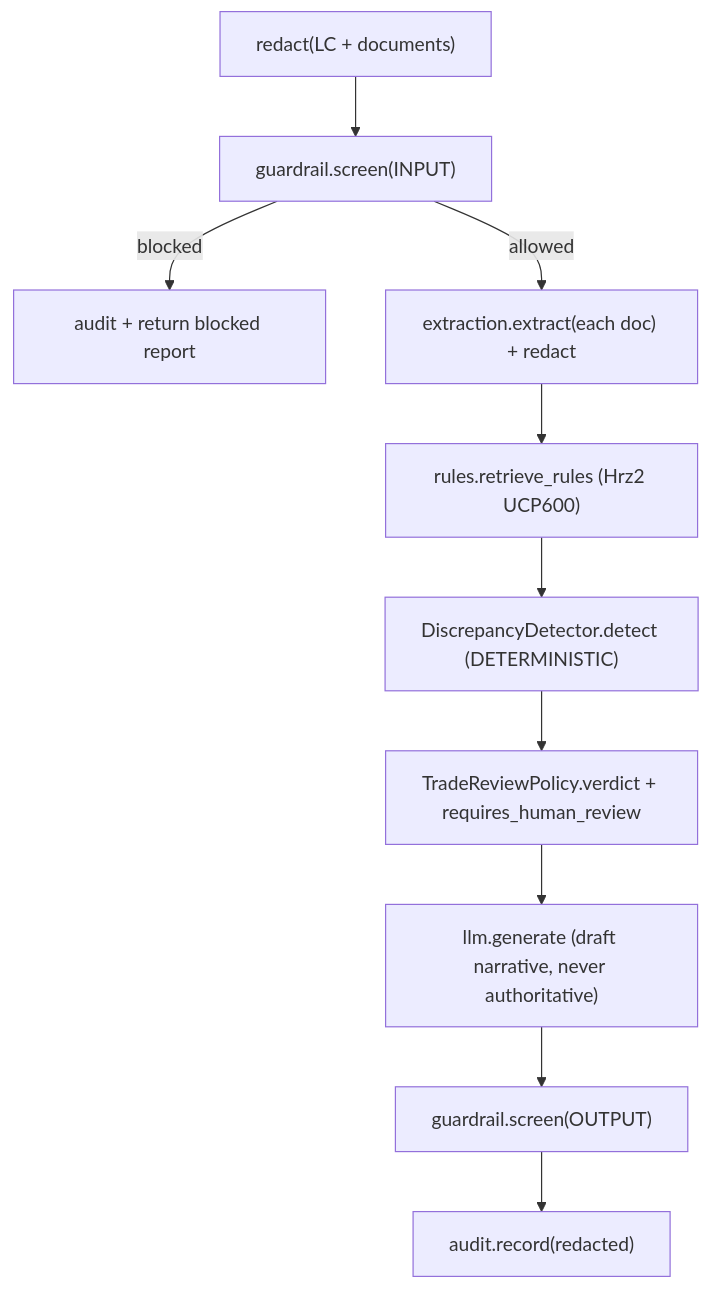
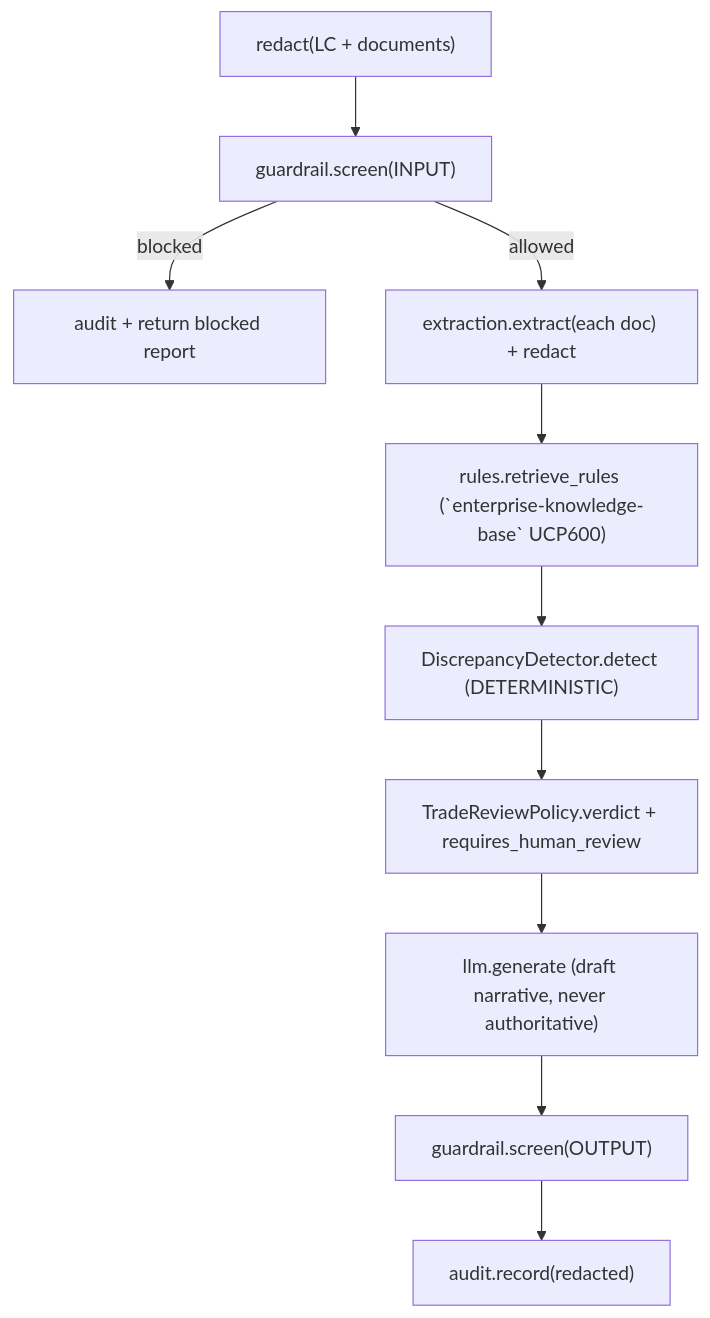
The diagram in SPEC.md (portable-genai/trade-finance-checker), drawn with Mermaid before and after one commit. The commit also changed other lines of this file and 34 other files, not shown here.

````diff
--- a/SPEC.md
+++ b/SPEC.md
@@ -120,12 +118,12 @@
 ```mermaid
 flowchart TD
     redact["redact(LC + documents)"] --> screenIn["guardrail.screen(INPUT)"]
     screenIn -->|blocked| blockedAudit["audit + return blocked report"]
     screenIn -->|allowed| extract["extraction.extract(each doc) + redact"]
-    extract --> rules["rules.retrieve_rules (Hrz2 UCP600)"]
+    extract --> rules["rules.retrieve_rules (`enterprise-knowledge-base` UCP600)"]
     rules --> detect["DiscrepancyDetector.detect (DETERMINISTIC)"]
     detect --> verdict["TradeReviewPolicy.verdict + requires_human_review"]
     verdict --> draft["llm.generate (draft narrative, never authoritative)"]
     draft --> screenOut["guardrail.screen(OUTPUT)"]
     screenOut --> audit["audit.record(redacted)"]
 ```
````
